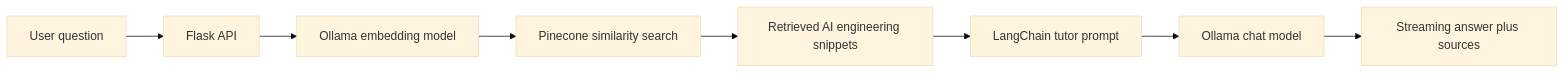
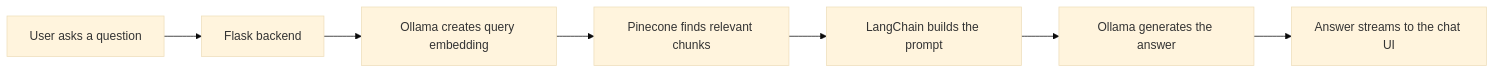
One commit to annieannie12345/ai-engineering-chatbot changed the diagram in README.md. Above: the diagram before and after it, drawn with Mermaid (base theme). The commit also changed other lines of this file, not shown here.

````diff
--- a/README.md
+++ b/README.md
@@ -332,10 +216,9 @@
 ```mermaid
 flowchart LR
-    A["User question"] --> B["Flask API"]
-    B --> C["Ollama embedding model"]
-    C --> D["Pinecone similarity search"]
-    D --> E["Retrieved AI engineering snippets"]
-    E --> F["LangChain tutor prompt"]
-    F --> G["Ollama chat model"]
-    G --> H["Streaming answer plus sources"]
+    A["User asks a question"] --> B["Flask backend"]
+    B --> C["Ollama creates query embedding"]
+    C --> D["Pinecone finds relevant chunks"]
+    D --> E["LangChain builds the prompt"]
+    E --> F["Ollama generates the answer"]
+    F --> G["Answer streams to the chat UI"]
 ```
````
